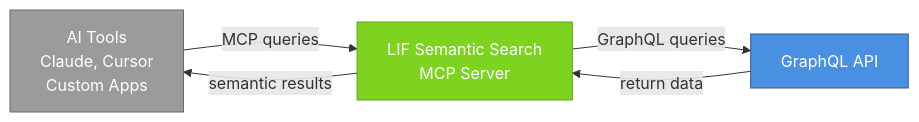
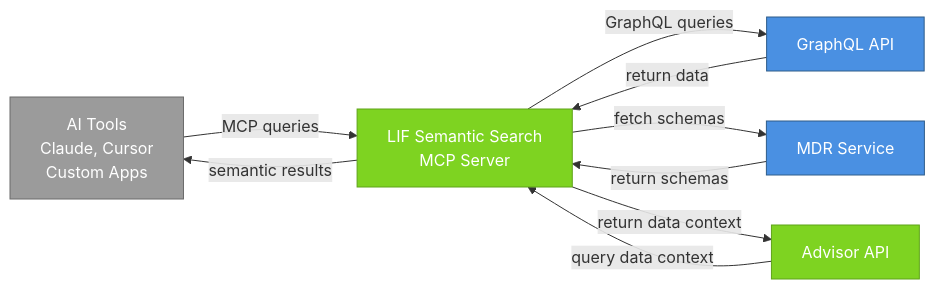
One commit to LIF-Initiative/lif-core changed the ninth of 16 diagrams in docs/lif_services_overview.md. Above: the diagram before and after it, drawn with Mermaid. The commit also changed other lines of this file, not shown here.

Commit message:
docs: update more diagrams and cleanup

````diff
--- a/docs/lif_services_overview.md
+++ b/docs/lif_services_overview.md
@@ -369,19 +383,25 @@
 ```mermaid
 graph LR
     AITools[AI Tools<br/>Claude, Cursor<br/>Custom Apps]
     MCP[LIF Semantic Search<br/>MCP Server]
     GQL[GraphQL API]
+    MDR[MDR Service]
+    Advisor[Advisor API]
     
     AITools -->|MCP queries| MCP
     MCP -->|GraphQL queries| GQL
     GQL -->|return data| MCP
     MCP -->|semantic results| AITools
+    MCP -->|fetch schemas| MDR
+    MDR -->|return schemas| MCP
+    Advisor -->|query data context| MCP
+    MCP -->|return data context| Advisor
     
     classDef intelStyle fill:#7ED321,stroke:#5FA319,color:#fff
     classDef coreStyle fill:#4A90E2,stroke:#2E5C8A,color:#fff
     classDef extStyle fill:#9B9B9B,stroke:#6B6B6B,color:#fff
     
-    class MCP intelStyle
-    class GQL coreStyle
+    class MCP,Advisor intelStyle
+    class GQL,MDR coreStyle
     class AITools extStyle
 ```
````
